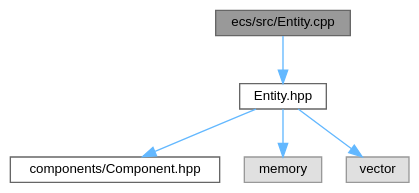
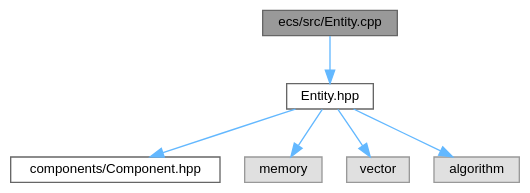
The diagram in Entity_8cpp__incl.dot (Houpsi/R-Type), drawn with Graphviz before and after one commit. The commit also changed 318 other files, not shown here.

```diff
--- a/Entity_8cpp__incl.dot
+++ b/Entity_8cpp__incl.dot
@@ -1,16 +1,18 @@
 digraph "ecs/src/Entity.cpp"
 {
  // LATEX_PDF_SIZE
   bgcolor="transparent";
   edge [fontname=Helvetica,fontsize=10,labelfontname=Helvetica,labelfontsize=10];
   node [fontname=Helvetica,fontsize=10,shape=box,height=0.2,width=0.4];
   Node1 [id="Node000001",label="ecs/src/Entity.cpp",height=0.2,width=0.4,color="gray40", fillcolor="grey60", style="filled", fontcolor="black",tooltip=" "];
   Node1 -> Node2 [id="edge1_Node000001_Node000002",color="steelblue1",style="solid",tooltip=" "];
   Node2 [id="Node000002",label="Entity.hpp",height=0.2,width=0.4,color="grey40", fillcolor="white", style="filled",URL="$Entity_8hpp.html",tooltip=" "];
   Node2 -> Node3 [id="edge2_Node000002_Node000003",color="steelblue1",style="solid",tooltip=" "];
   Node3 [id="Node000003",label="components/Component.hpp",height=0.2,width=0.4,color="grey40", fillcolor="white", style="filled",URL="$Component_8hpp.html",tooltip=" "];
   Node2 -> Node4 [id="edge3_Node000002_Node000004",color="steelblue1",style="solid",tooltip=" "];
   Node4 [id="Node000004",label="memory",height=0.2,width=0.4,color="grey60", fillcolor="#E0E0E0", style="filled",tooltip=" "];
   Node2 -> Node5 [id="edge4_Node000002_Node000005",color="steelblue1",style="solid",tooltip=" "];
   Node5 [id="Node000005",label="vector",height=0.2,width=0.4,color="grey60", fillcolor="#E0E0E0", style="filled",tooltip=" "];
+  Node2 -> Node6 [id="edge5_Node000002_Node000006",color="steelblue1",style="solid",tooltip=" "];
+  Node6 [id="Node000006",label="algorithm",height=0.2,width=0.4,color="grey60", fillcolor="#E0E0E0", style="filled",tooltip=" "];
 }
```
